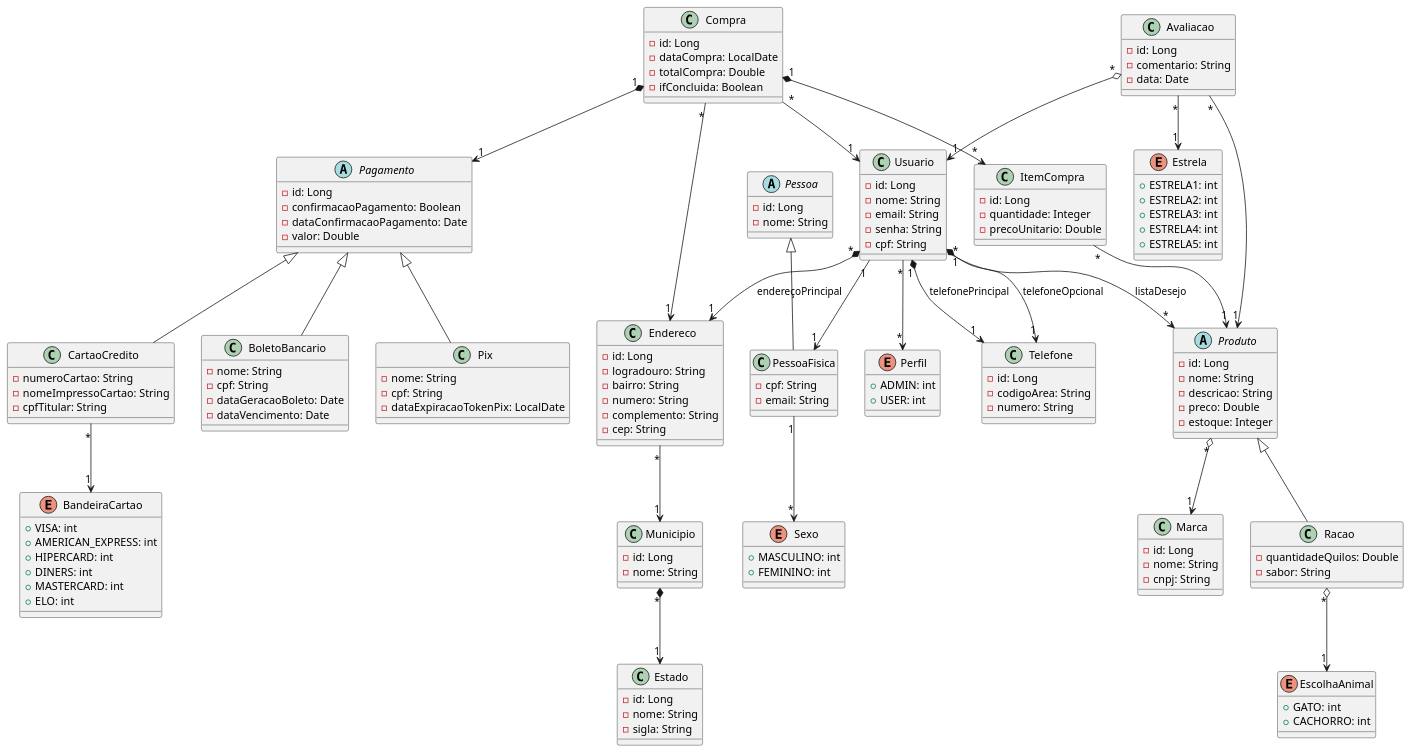
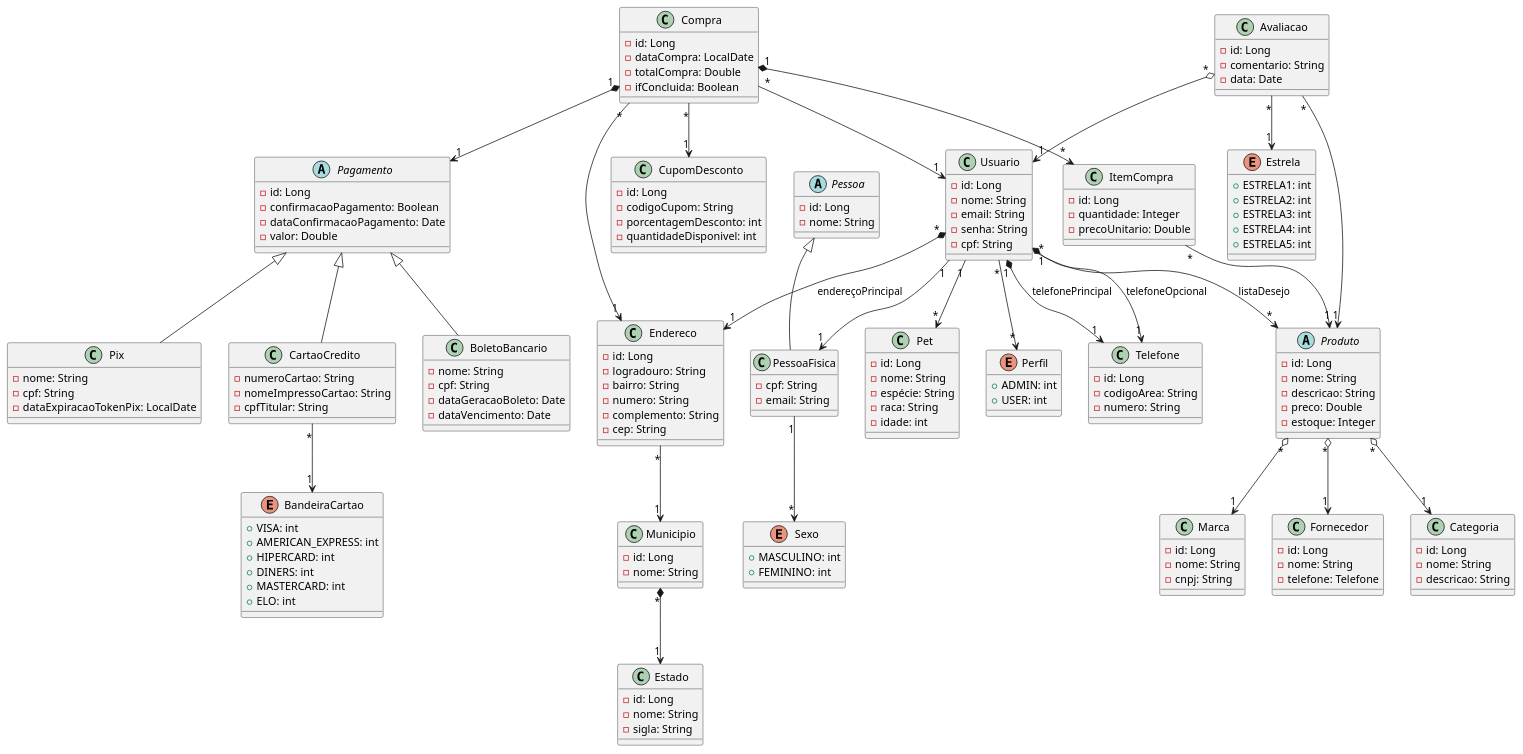
One commit to emannuelop/JavaPets-eCommerce changed the diagram in JavaPets.plantuml. Above: the diagram before and after it, drawn with PlantUML. The commit also changed 73 other files, not shown here.

Commit message:
UML novo

```diff
--- a/JavaPets.plantuml
+++ b/JavaPets.plantuml
@@ -7,17 +7,6 @@
         - descricao: String
         - preco: Double
         - estoque: Integer
-    }
-
-    class Racao {
-
-        - quantidadeQuilos: Double
-        - sabor: String
-    }
-
-    enum EscolhaAnimal {
-        + GATO: int
-        + CACHORRO: int
     }
 
     class Marca {
@@ -161,10 +150,37 @@
         - nome: String
     }
 
+    class Fornecedor{
+        - id: Long
+        - nome: String
+        - telefone: Telefone
+    }
+
+    class Categoria{
+        - id: Long
+        - nome: String
+        - descricao: String
+    }
+
+    class CupomDesconto{
+        - id: Long
+        - codigoCupom: String
+        - porcentagemDesconto: int
+        - quantidadeDisponivel: int
+    }
+
+    class Pet{
+        - id: Long
+        - nome: String
+        - espécie: String
+        - raca: String
+        - idade: int
+    }
+
     Produto "*" o--> "1" Marca
 
-    Racao -up-|> Produto
-    Racao "*" o--> "1" EscolhaAnimal
+    Produto "*" o--> "1" Fornecedor
+    Produto "*" o--> "1" Categoria
 
     Municipio "*" *--> "1" Estado
 
@@ -176,6 +192,7 @@
 
     Usuario "1" --> "1" PessoaFisica
     Usuario "*" --> "*" Perfil
+    Usuario "1" --> "*" Pet
     Usuario "*" --> "*" Produto: listaDesejo
     Usuario "1" *--> "1" Telefone: telefonePrincipal
     Usuario "1" *--> "1" Telefone: telefoneOpcional
@@ -191,6 +208,7 @@
     CartaoCredito "*" --> "1" BandeiraCartao
 
     Compra "*" --> "1" Usuario
+    Compra "*" --> "1" CupomDesconto
     Compra "1" *--> "*" ItemCompra
     Compra "*" --> "1" Endereco
     Compra "1" *--> "1" Pagamento
```
